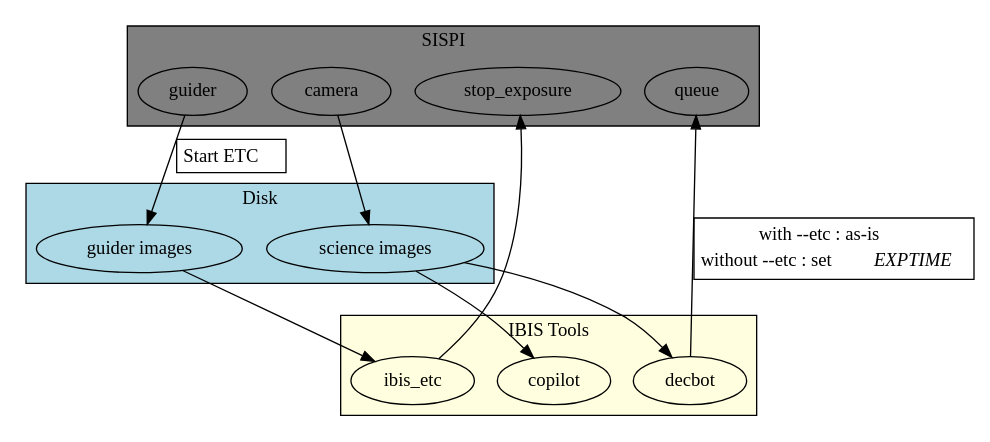
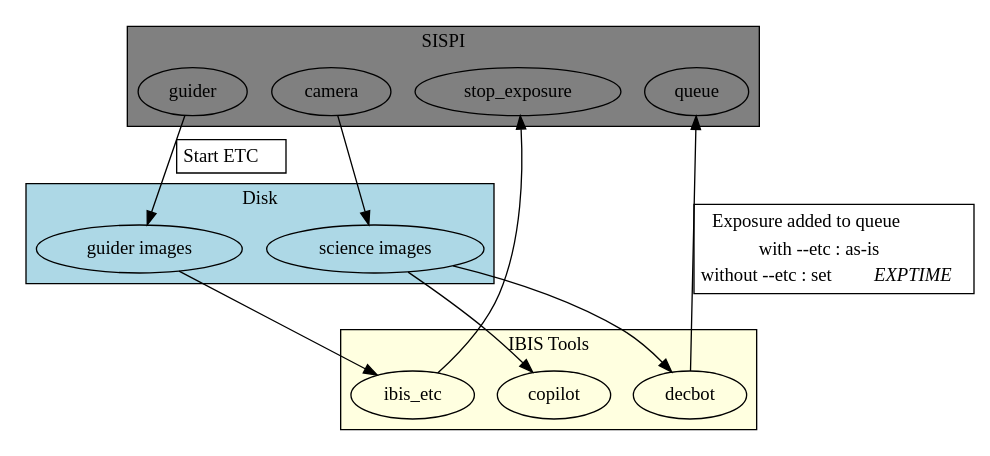
Before and after one commit to legacysurvey/obsbot: the diagram in bots.dot, drawn with Graphviz.

Commit message:
label edges

```diff
--- a/bots.dot
+++ b/bots.dot
@@ -1,46 +1,48 @@
 # dot -O -Tpng bots.dot
 
 digraph {
 
 subgraph cluster_sispi {
 bgcolor="grey";
 label="SISPI";
 guider;
 queue;
 stop_exposure;
 camera;
 }
 
 subgraph cluster_disk {
 bgcolor="lightblue";
 label="Disk";
 disk_g [label="guider images"];
 disk_s [label="science images"];
 }
 
 subgraph cluster_ibis {
 bgcolor="lightyellow";
 label="IBIS Tools";
 decbot;
 ibis_etc;
 copilot;
 }
 
 guider -> disk_g [label=<
 <TABLE><TR><TD BORDER="0">Start ETC</TD></TR></TABLE>
 >];
 
 disk_g -> ibis_etc;
 ibis_etc -> stop_exposure;
 
 disk_s -> copilot;
 
 disk_s -> decbot;
 decbot -> queue [label=<
-<TABLE><TR><TD BORDER="0">with --etc : as-is</TD></TR>
+<TABLE>
+<TR><TD BORDER="0">Exposure added to queue</TD></TR>
+<TR><TD BORDER="0">with --etc : as-is</TD></TR>
 <TR><TD BORDER="0">without --etc : set <I>EXPTIME</I></TD></TR></TABLE>
 >];
 
 camera -> disk_s;
 
 }
```
